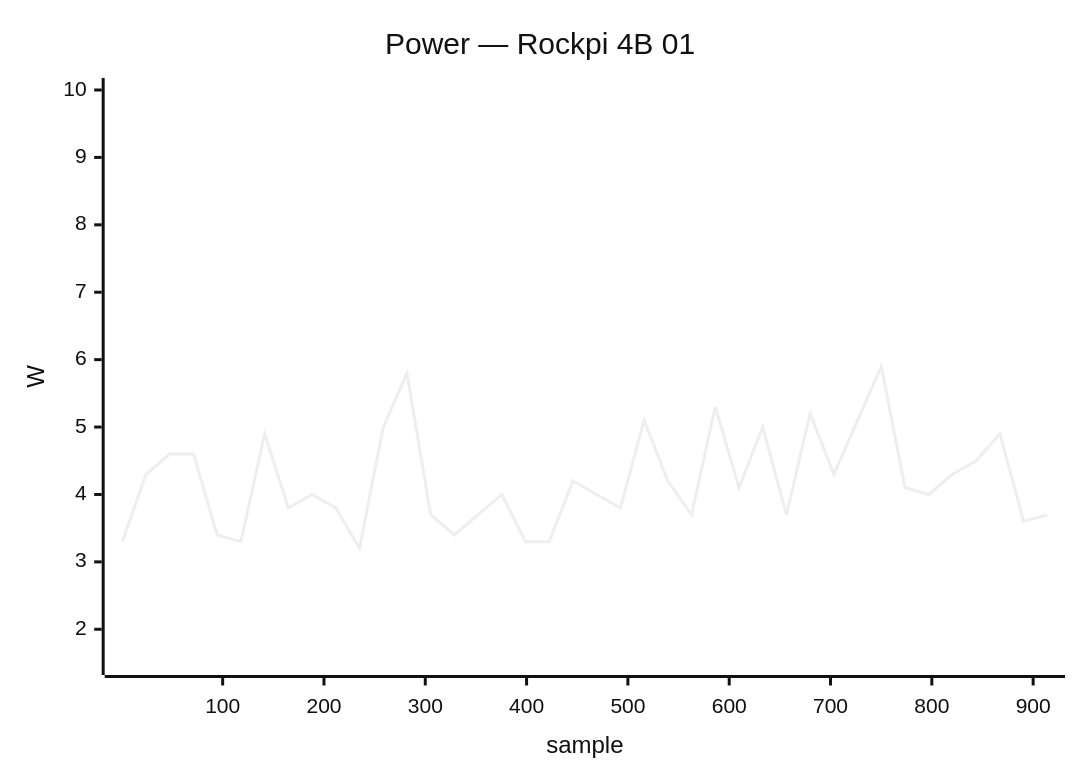
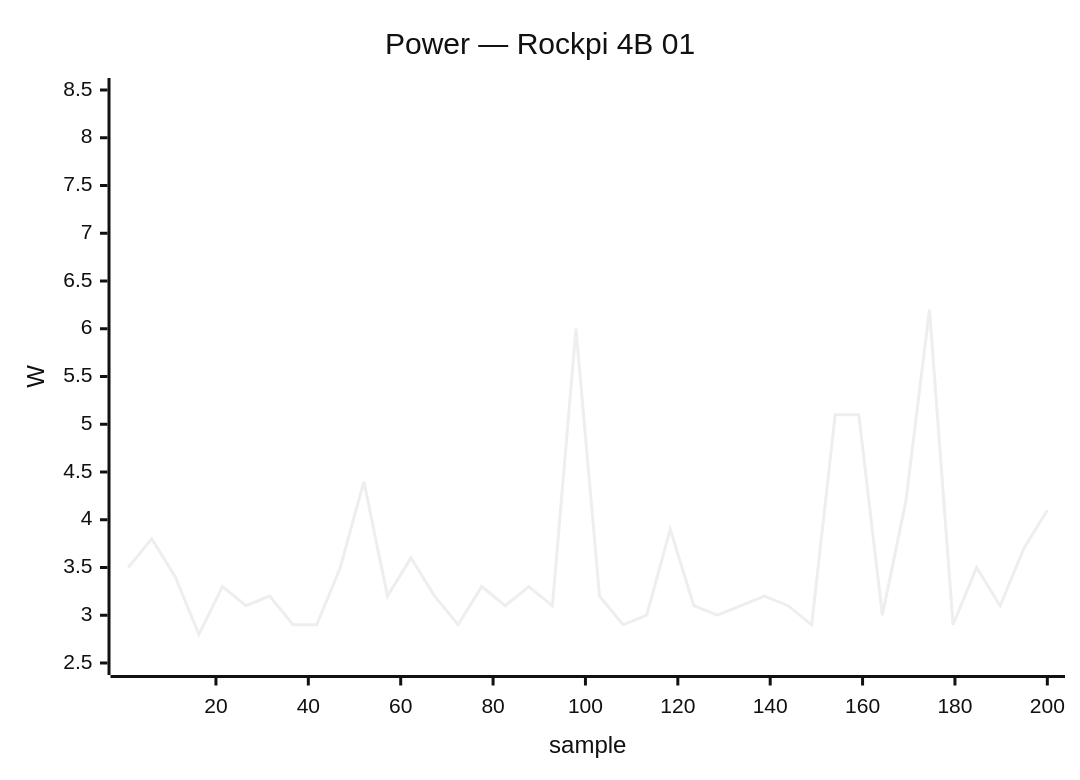
One commit to armbian/documentation changed the eighth of 50 diagrams in docs/status/board-tests.md. Above: the diagram before and after it, drawn with Mermaid (neutral theme). The commit also changed other lines of this file, not shown here.

````diff
--- a/docs/status/board-tests.md
+++ b/docs/status/board-tests.md
@@ -355,7 +416,7 @@
 ```mermaid
 xychart-beta
     title "Power — Rockpi 4B 01"
-    x-axis "sample" 1 --> 914
-    y-axis "W" 1.5 --> 10.0
-    line [3.3, 4.3, 4.6, 4.6, 3.4, 3.3, 4.9, 3.8, 4.0, 3.8, 3.2, 5.0, 5.8, 3.7, 3.4, 3.7, 4.0, 3.3, 3.3, 4.2, 4.0, 3.8, 5.1, 4.2, 3.7, 5.3, 4.1, 5.0, 3.7, 5.2, 4.3, 5.1, 5.9, 4.1, 4.0, 4.3, 4.5, 4.9, 3.6, 3.7]
+    x-axis "sample" 1 --> 200
+    y-axis "W" 2.5 --> 8.5
+    line [3.5, 3.8, 3.4, 2.8, 3.3, 3.1, 3.2, 2.9, 2.9, 3.5, 4.4, 3.2, 3.6, 3.2, 2.9, 3.3, 3.1, 3.3, 3.1, 6.0, 3.2, 2.9, 3.0, 3.9, 3.1, 3.0, 3.1, 3.2, 3.1, 2.9, 5.1, 5.1, 3.0, 4.2, 6.2, 2.9, 3.5, 3.1, 3.7, 4.1]
 ```
````
